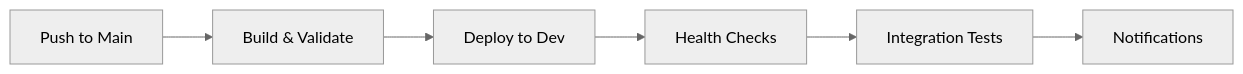
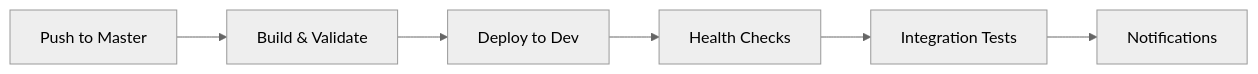
The second of 5 diagrams in .github/workflows/README.md (robertrahardja/gctone), drawn with Mermaid (neutral theme) before and after one commit. The commit also changed other lines of this file and 5 other files, not shown here.

````diff
--- a/.github/workflows/README.md
+++ b/.github/workflows/README.md
@@ -63,8 +63,8 @@
 ```mermaid
 graph LR
-    Main[Push to Main] --> Build[Build & Validate]
+    Main[Push to Master] --> Build[Build & Validate]
     Build --> Deploy[Deploy to Dev]
     Deploy --> Health[Health Checks]
     Health --> Tests[Integration Tests]
     Tests --> Notify[Notifications]
 ```
````
